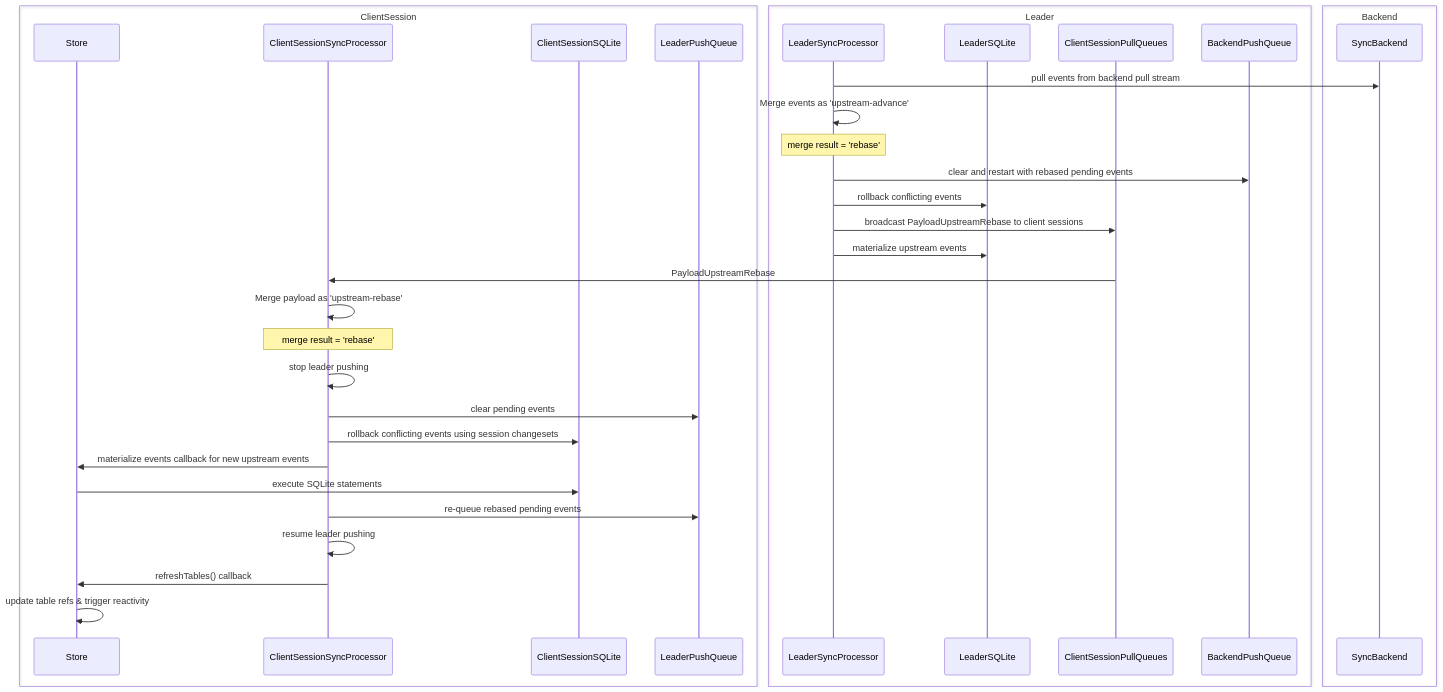
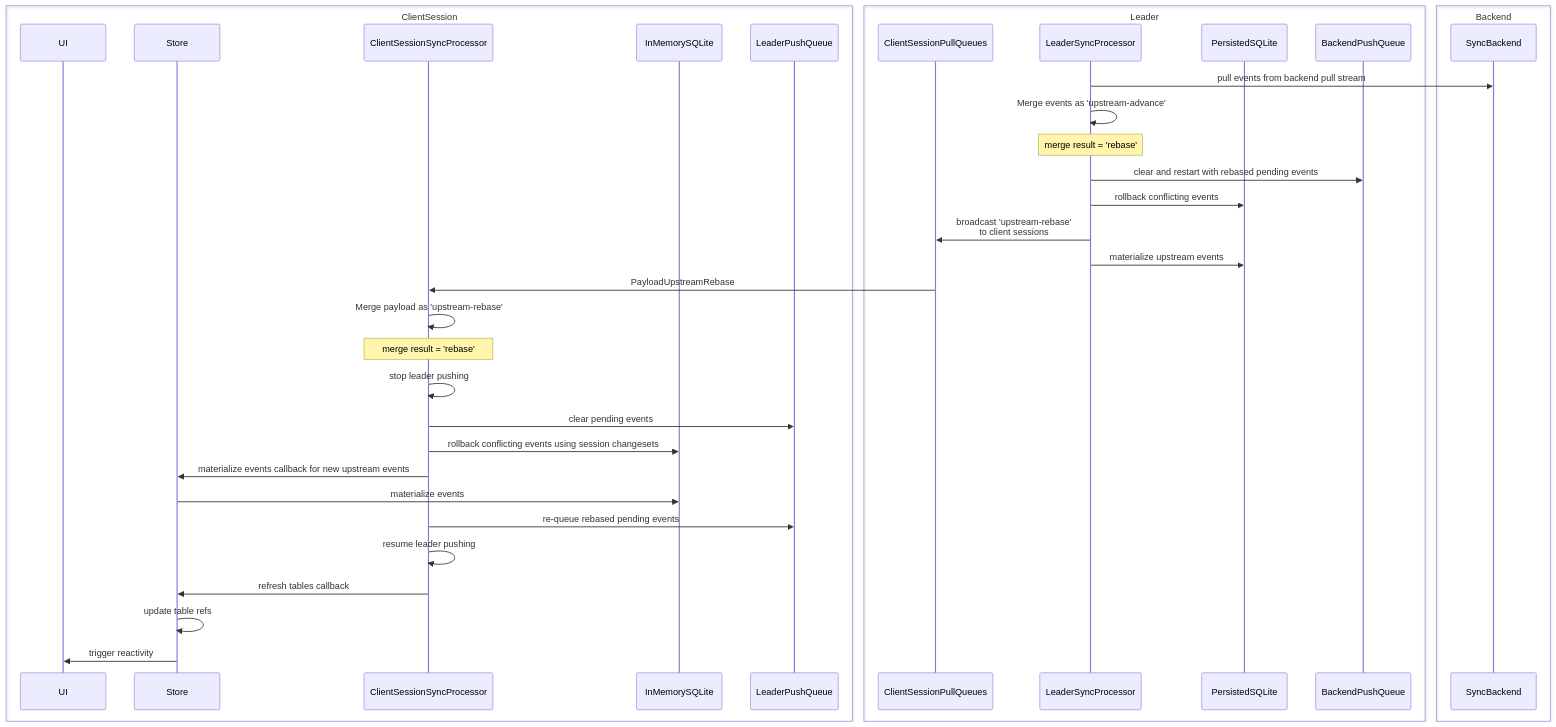
Before and after one commit to livestorejs/livestore: the diagram in docs/src/content/docs/reference/syncing/diagrams/leader-rebase-scenario.mermaid, drawn with Mermaid. The commit also changed 5 other files, not shown here.

Commit message:
docs(reference): syncing sequence diagrams

```diff
--- a/docs/src/content/docs/reference/syncing/diagrams/leader-rebase-scenario.mermaid
+++ b/docs/src/content/docs/reference/syncing/diagrams/leader-rebase-scenario.mermaid
@@ -1,46 +1,48 @@
 sequenceDiagram
     box ClientSession
+        participant UI
         participant Store
         participant CSSP as ClientSessionSyncProcessor
-        participant ClientSessionSQLite
+        participant InMemorySQLite
         participant LeaderPushQueue
     end
     box Leader
+        participant ClientSessionPullQueues
         participant LSP as LeaderSyncProcessor
-        participant LeaderSQLite
-        participant ClientSessionPullQueues
+        participant PersistedSQLite
         participant BackendPushQueue
     end
     box Backend
         participant SyncBackend
     end
 
     LSP->>SyncBackend: pull events from backend pull stream
     LSP->>LSP: Merge events as 'upstream-advance'
 
     Note over LSP: merge result = 'rebase'
 
     LSP->>BackendPushQueue: clear and restart with rebased pending events
-    LSP->>LeaderSQLite: rollback conflicting events
-    LSP->>ClientSessionPullQueues: broadcast PayloadUpstreamRebase to client sessions
+    LSP->>PersistedSQLite: rollback conflicting events
+    LSP->>ClientSessionPullQueues: broadcast 'upstream-rebase'<br>to client sessions
 
-    LSP->>LeaderSQLite: materialize upstream events
+    LSP->>PersistedSQLite: materialize upstream events
 
     ClientSessionPullQueues->>CSSP: PayloadUpstreamRebase
     CSSP->>CSSP: Merge payload as 'upstream-rebase'
 
     Note over CSSP: merge result = 'rebase'
 
     CSSP->>CSSP: stop leader pushing
     CSSP->>LeaderPushQueue: clear pending events
 
-    CSSP->>ClientSessionSQLite: rollback conflicting events using session changesets
+    CSSP->>InMemorySQLite: rollback conflicting events using session changesets
 
     CSSP->>Store: materialize events callback for new upstream events
-    Store->>ClientSessionSQLite: execute SQLite statements
+    Store->>InMemorySQLite: materialize events
 
     CSSP->>LeaderPushQueue: re-queue rebased pending events
     CSSP->>CSSP: resume leader pushing
 
-    CSSP->>Store: refreshTables() callback
-    Store->>Store: update table refs & trigger reactivity
+    CSSP->>Store: refresh tables callback
+    Store->>Store: update table refs
+    Store->>UI: trigger reactivity
```
